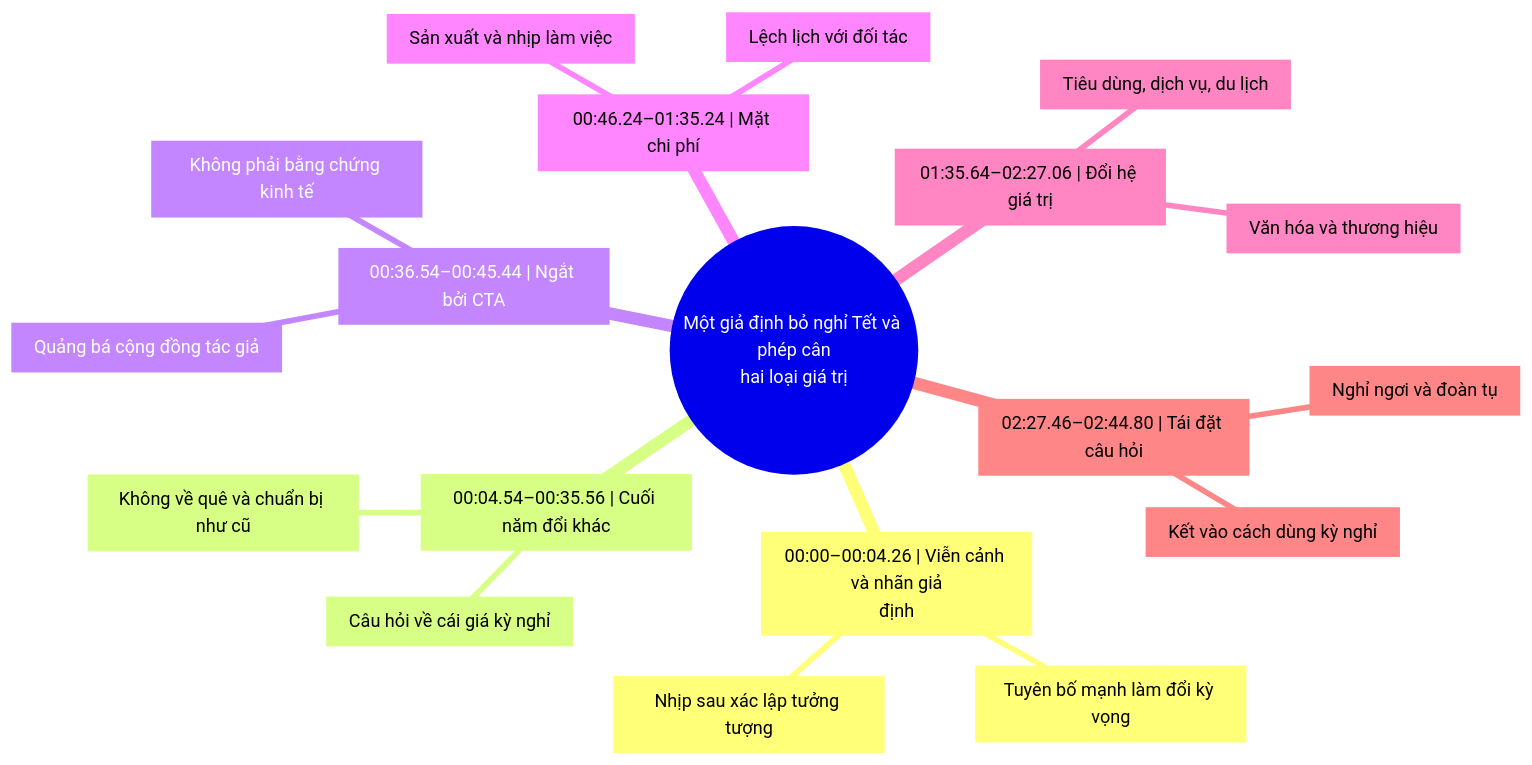
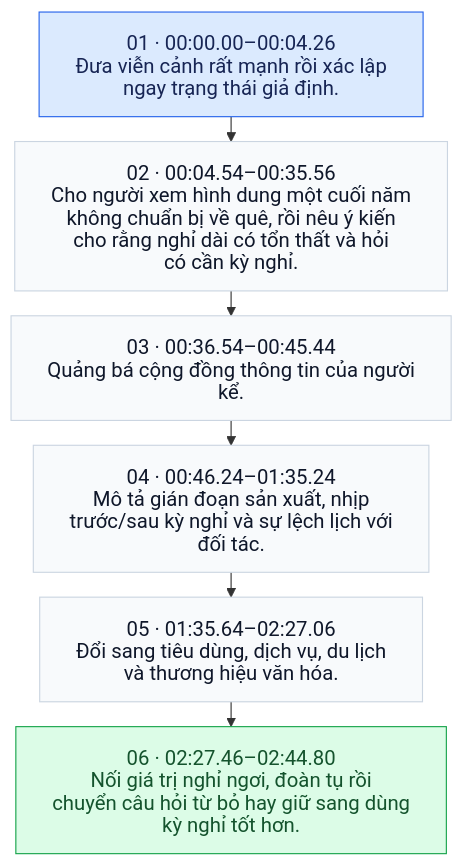
One commit to vilo0411/hook-script-kit changed the diagram in skills/hook-script/references/corpus/mindmaps/7467146855508479250.mmd. Above: the diagram before and after it, drawn with Mermaid. The commit also changed 103 other files, not shown here.

Commit message:
Diversify Vietnamese clip sources and replace radial maps with story flows

```diff
--- a/skills/hook-script/references/corpus/mindmaps/7467146855508479250.mmd
+++ b/skills/hook-script/references/corpus/mindmaps/7467146855508479250.mmd
@@ -1,20 +1,19 @@
-mindmap
-  root((Một giả định bỏ nghỉ Tết và phép cân<br/>hai loại giá trị))
-    b0["00:00–00:04.26 | Viễn cảnh và nhãn giả<br/>định"]
-      b0c0["Tuyên bố mạnh làm đổi kỳ vọng"]
-      b0c1["Nhịp sau xác lập tưởng tượng"]
-    b1["00:04.54–00:35.56 | Cuối năm đổi khác"]
-      b1c0["Không về quê và chuẩn bị như cũ"]
-      b1c1["Câu hỏi về cái giá kỳ nghỉ"]
-    b2["00:36.54–00:45.44 | Ngắt bởi CTA"]
-      b2c0["Quảng bá cộng đồng tác giả"]
-      b2c1["Không phải bằng chứng kinh tế"]
-    b3["00:46.24–01:35.24 | Mặt chi phí"]
-      b3c0["Sản xuất và nhịp làm việc"]
-      b3c1["Lệch lịch với đối tác"]
-    b4["01:35.64–02:27.06 | Đổi hệ giá trị"]
-      b4c0["Tiêu dùng, dịch vụ, du lịch"]
-      b4c1["Văn hóa và thương hiệu"]
-    b5["02:27.46–02:44.80 | Tái đặt câu hỏi"]
-      b5c0["Nghỉ ngơi và đoàn tụ"]
-      b5c1["Kết vào cách dùng kỳ nghỉ"]
+%%{init: {"htmlLabels": false, "themeVariables": {"fontSize": "18px"}, "flowchart": {"padding": 16, "rankSpacing": 22, "wrappingWidth": 360}}}%%
+flowchart TD
+  n0["01 · 00:00.00–00:04.26<br/>Đưa viễn cảnh rất mạnh rồi xác lập<br/>ngay trạng thái giả định."]
+  n1["02 · 00:04.54–00:35.56<br/>Cho người xem hình dung một cuối năm<br/>không chuẩn bị về quê, rồi nêu ý kiến<br/>cho rằng nghỉ dài có tổn thất và hỏi<br/>có cần kỳ nghỉ."]
+  n0 --> n1
+  n2["03 · 00:36.54–00:45.44<br/>Quảng bá cộng đồng thông tin của người<br/>kể."]
+  n1 --> n2
+  n3["04 · 00:46.24–01:35.24<br/>Mô tả gián đoạn sản xuất, nhịp<br/>trước/sau kỳ nghỉ và sự lệch lịch với<br/>đối tác."]
+  n2 --> n3
+  n4["05 · 01:35.64–02:27.06<br/>Đổi sang tiêu dùng, dịch vụ, du lịch<br/>và thương hiệu văn hóa."]
+  n3 --> n4
+  n5["06 · 02:27.46–02:44.80<br/>Nối giá trị nghỉ ngơi, đoàn tụ rồi<br/>chuyển câu hỏi từ bỏ hay giữ sang dùng<br/>kỳ nghỉ tốt hơn."]
+  n4 --> n5
+  classDef phase fill:#F8FAFC,stroke:#CBD5E1,color:#0F172A,font-size:18px;
+  classDef opening fill:#DBEAFE,stroke:#2563EB,color:#172554,font-size:18px;
+  classDef ending fill:#DCFCE7,stroke:#16A34A,color:#14532D,font-size:18px;
+  class n0,n1,n2,n3,n4,n5 phase;
+  class n0 opening;
+  class n5 ending;
```
